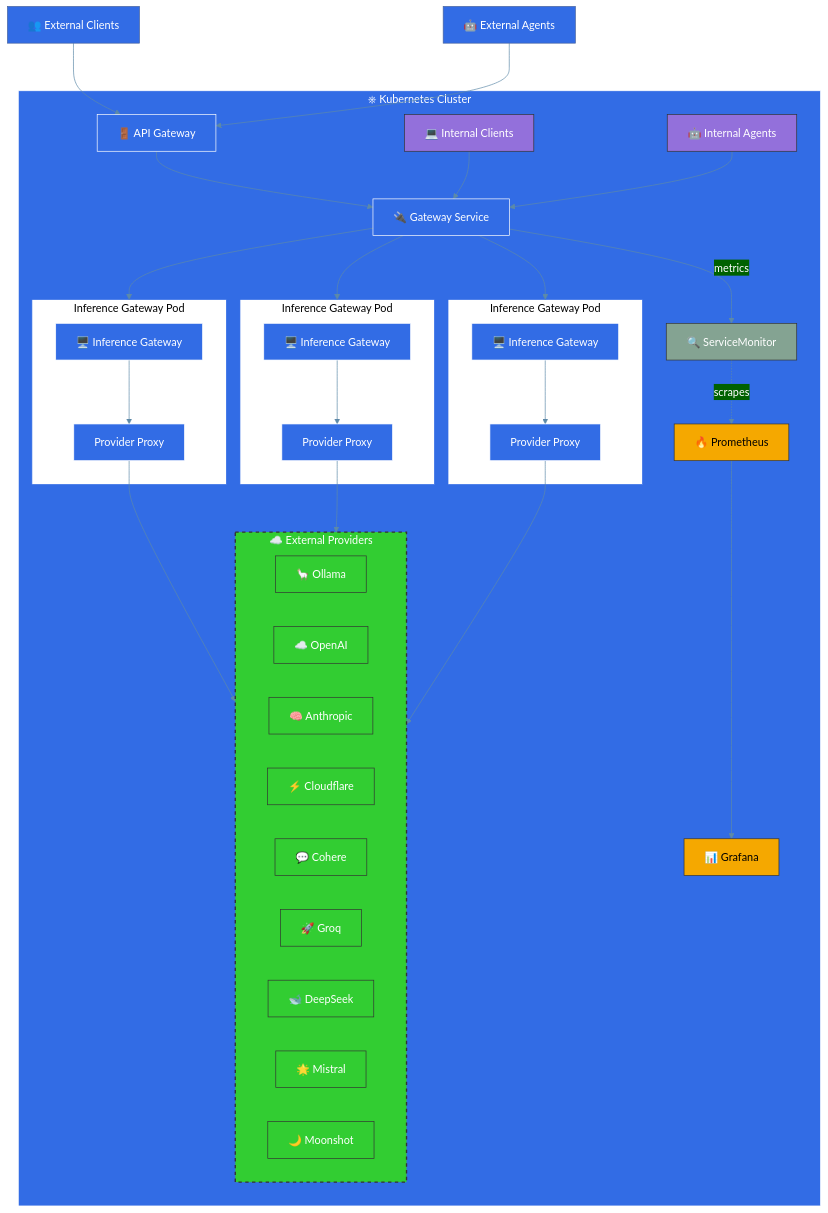
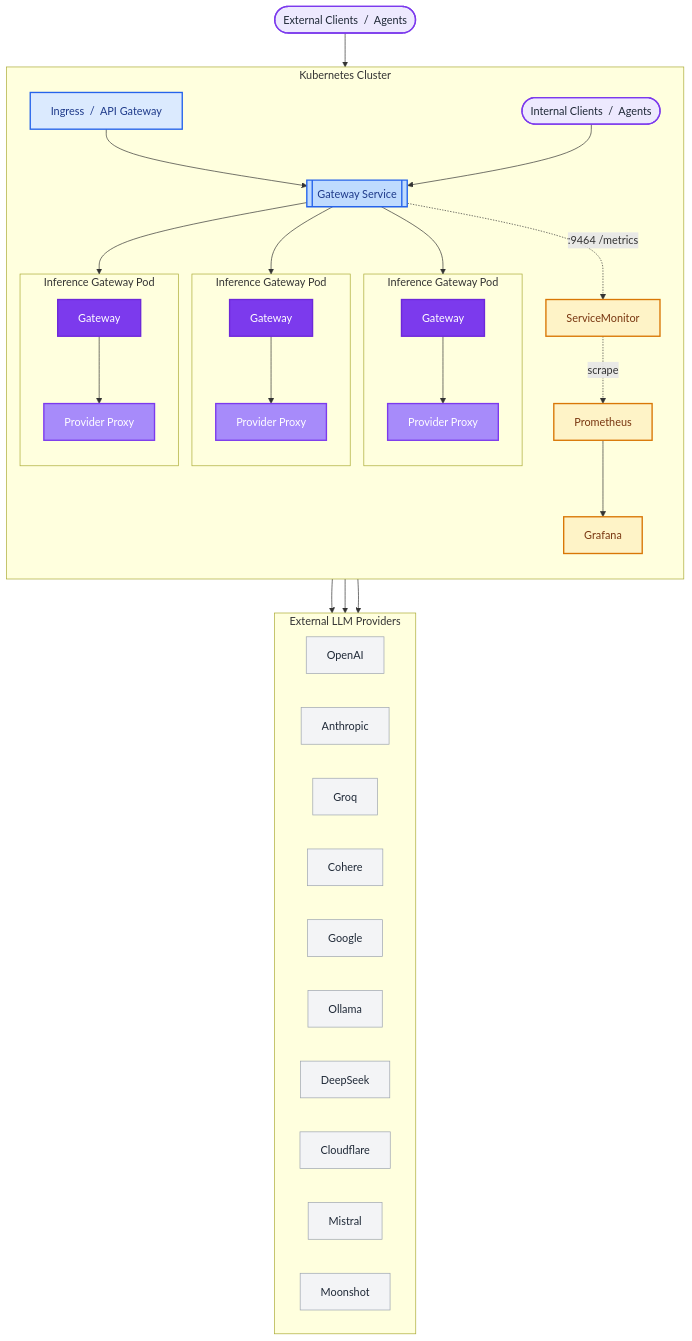
One commit to inference-gateway/docs changed the second of 2 diagrams in architecture-overview.md. Above: the diagram before and after it, drawn with Mermaid. The commit also changed other lines of this file and 4 other files, not shown here.

First line of the commit message:
style(docs): Polish Mermaid diagrams across architecture, MCP, A2A

````diff
--- a/architecture-overview.md
+++ b/architecture-overview.md
@@ -58,80 +65,67 @@
 ```mermaid
-%%{init: {'theme': 'base', 'themeVariables': { 'primaryColor': '#326CE5', 'primaryTextColor': '#fff', 'lineColor': '#5D8AA8', 'secondaryColor': '#006100' }, 'fontFamily': 'Arial', 'flowchart': {'nodeSpacing': 50, 'rankSpacing': 70, 'padding': 15}}}%%
+flowchart TD
+    ExtClient(["External Clients &nbsp;/&nbsp; Agents"])
 
-graph TD
-    %% External Clients
-    Clients["👥 External Clients"] --> Ingress
-    Agents["🤖 External Agents"] --> Ingress
+    subgraph Cluster["Kubernetes Cluster"]
+        direction TB
+        Ingress["Ingress &nbsp;/&nbsp; API Gateway"]
+        Svc[["Gateway Service"]]
+        IntClient(["Internal Clients &nbsp;/&nbsp; Agents"])
 
-    %% Define Kubernetes border
-    subgraph Kubernetes["⎈ Kubernetes Cluster"]
-        %% Ingress/API Gateway
-        Ingress["🚪 API Gateway"] --> Service
+        Ingress --> Svc
+        IntClient --> Svc
 
-        %% Internal Clients
-        InternalClients["💻 Internal Clients"] --> Service
-        InternalAgents["🤖 Internal Agents"] --> Service
+        Svc --> Pod1
+        Svc --> Pod2
+        Svc --> Pod3
 
-        %% Service Discovery
-        Service["🔌 Gateway Service"] --> Pod1
-        Service --> Pod2
-        Service --> Pod3
-
-        %% Pods
         subgraph Pod1["Inference Gateway Pod"]
-            IG1["🖥️ Inference Gateway"]
-            IG1 --> PG1["Provider Proxy"]
+            IG1["Gateway"] --> PP1["Provider Proxy"]
+        end
+        subgraph Pod2["Inference Gateway Pod"]
+            IG2["Gateway"] --> PP2["Provider Proxy"]
+        end
+        subgraph Pod3["Inference Gateway Pod"]
+            IG3["Gateway"] --> PP3["Provider Proxy"]
         end
 
-        subgraph Pod2["Inference Gateway Pod"]
-            IG2["🖥️ Inference Gateway"]
-            IG2 --> PG2["Provider Proxy"]
-        end
-
-        subgraph Pod3["Inference Gateway Pod"]
-            IG3["🖥️ Inference Gateway"]
-            IG3 --> PG3["Provider Proxy"]
-        end
-
-        %% Monitoring Stack with ServiceMonitor
-        Service --> |metrics| SM["🔍 ServiceMonitor"]
-        SM -.->|scrapes| Prometheus["🔥 Prometheus"]
-        Prometheus --> Grafana["📊 Grafana"]
-
-        %% Connection to External Providers
-        PG1 & PG2 & PG3 --> ExternalProviders
-
-        %% External Providers placed inside K8s subgraph but visually separate
-        subgraph ExternalProviders["☁️ External Providers"]
-            Ext1["🦙 Ollama"]
-            Ext2["☁️ OpenAI"]
-            Ext3["🧠 Anthropic"]
-            Ext4["⚡ Cloudflare"]
-            Ext5["💬 Cohere"]
-            Ext6["🚀 Groq"]
-            Ext7["🐋 DeepSeek"]
-            Ext8["🌟 Mistral"]
-            Ext9["🌙 Moonshot"]
-        end
+        Svc -. ":9464 /metrics" .-> SM["ServiceMonitor"]
+        SM -. "scrape" .-> Prom["Prometheus"]
+        Prom --> Graf["Grafana"]
     end
 
-    %% Define styles
-    classDef k8s fill:#326CE5,stroke:#fff,stroke-width:1px,color:white;
-    classDef pod fill:#FFFFFF,stroke:#326CE5,stroke-width:1px,color:black;
-    classDef monitoring fill:#F5A800,stroke:#333,stroke-width:1px,color:black;
-    classDef externalSvc fill:#32CD32,stroke:#333,stroke-width:1px,color:white;
-    classDef service fill:#326CE5,stroke:#fff,stroke-width:1px,color:white;
-    classDef monitor fill:#84a392,stroke:#333,stroke-width:1px,color:white;
-    classDef internalClient fill:#9370DB,stroke:#333,stroke-width:1px,color:white;
-    classDef extProviders fill:#32CD32,stroke:#333,stroke-width:2px,color:white,stroke-dasharray:5;
+    subgraph Providers["External LLM Providers"]
+        direction LR
+        P_OpenAI["OpenAI"]
+        P_Anthropic["Anthropic"]
+        P_Groq["Groq"]
+        P_Cohere["Cohere"]
+        P_Google["Google"]
+        P_Ollama["Ollama"]
+        P_DeepSeek["DeepSeek"]
+        P_Cloudflare["Cloudflare"]
+        P_Mistral["Mistral"]
+        P_Moonshot["Moonshot"]
+    end
 
-    %% Apply styles
-    class Kubernetes,Ingress,Service k8s;
-    class Pod1,Pod2,Pod3 pod;
-    class Prometheus,Grafana monitoring;
-    class SM monitor;
-    class Ext1,Ext2,Ext3,Ext4,Ext5,Ext6,Ext7,Ext8,Ext9 externalSvc;
-    class IG1,IG2,IG3,PG1,PG2,PG3 service;
-    class InternalClients,InternalAgents internalClient;
-    class ExternalProviders extProviders;
+    ExtClient --> Ingress
+    PP1 --> Providers
+    PP2 --> Providers
+    PP3 --> Providers
+
+    classDef client fill:#ede9fe,stroke:#7c3aed,stroke-width:2px,color:#1f2937
+    classDef ingress fill:#dbeafe,stroke:#2563eb,stroke-width:2px,color:#1e3a8a
+    classDef service fill:#bfdbfe,stroke:#2563eb,stroke-width:2px,color:#1e3a8a
+    classDef gateway fill:#7c3aed,stroke:#6d28d9,stroke-width:2px,color:#ffffff
+    classDef proxy fill:#a78bfa,stroke:#7c3aed,stroke-width:2px,color:#ffffff
+    classDef monitor fill:#fef3c7,stroke:#d97706,stroke-width:2px,color:#78350f
+    classDef provider fill:#f3f4f6,stroke:#9ca3af,stroke-width:1px,color:#1f2937
+
+    class ExtClient,IntClient client
+    class Ingress ingress
+    class Svc service
+    class IG1,IG2,IG3 gateway
+    class PP1,PP2,PP3 proxy
+    class SM,Prom,Graf monitor
+    class P_OpenAI,P_Anthropic,P_Groq,P_Cohere,P_Google,P_Ollama,P_DeepSeek,P_Cloudflare,P_Mistral,P_Moonshot provider
 ```
````
